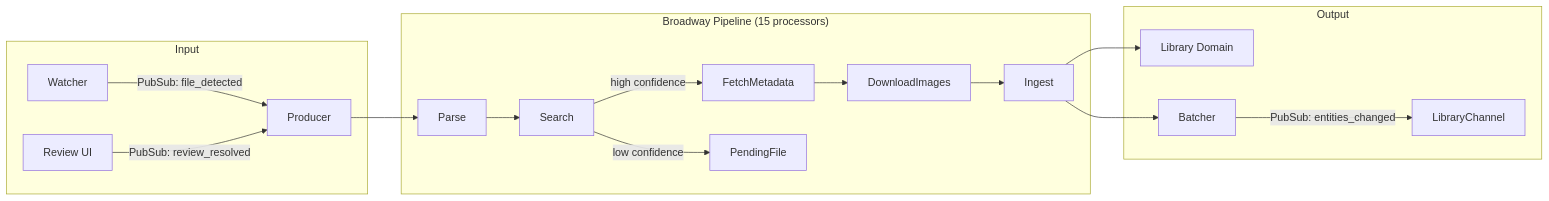
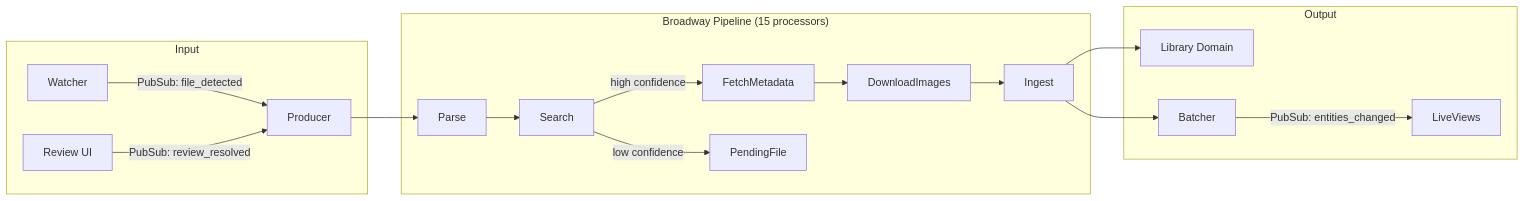
Before and after one commit to media-centaur/media-centaur: the first of 2 diagrams in docs/pipeline.md, drawn with Mermaid. The commit also changed other lines of this file and 28 other files, not shown here.

````diff
--- a/docs/pipeline.md
+++ b/docs/pipeline.md
@@ -19,22 +19,22 @@
 ```mermaid
 graph LR
     subgraph Input
         W[Watcher] -->|PubSub: file_detected| P[Producer]
         R[Review UI] -->|PubSub: review_resolved| P
     end
 
     subgraph "Broadway Pipeline (15 processors)"
         P --> Parse
         Parse --> Search
         Search -->|high confidence| Fetch[FetchMetadata]
         Search -->|low confidence| Review[PendingFile]
         Fetch --> DL[DownloadImages]
         DL --> Ingest
     end
 
     subgraph Output
         Ingest --> Library[Library Domain]
         Ingest --> Batcher
-        Batcher -->|PubSub: entities_changed| Channel[LibraryChannel]
+        Batcher -->|PubSub: entities_changed| LiveViews[LiveViews]
     end
 ```
````
